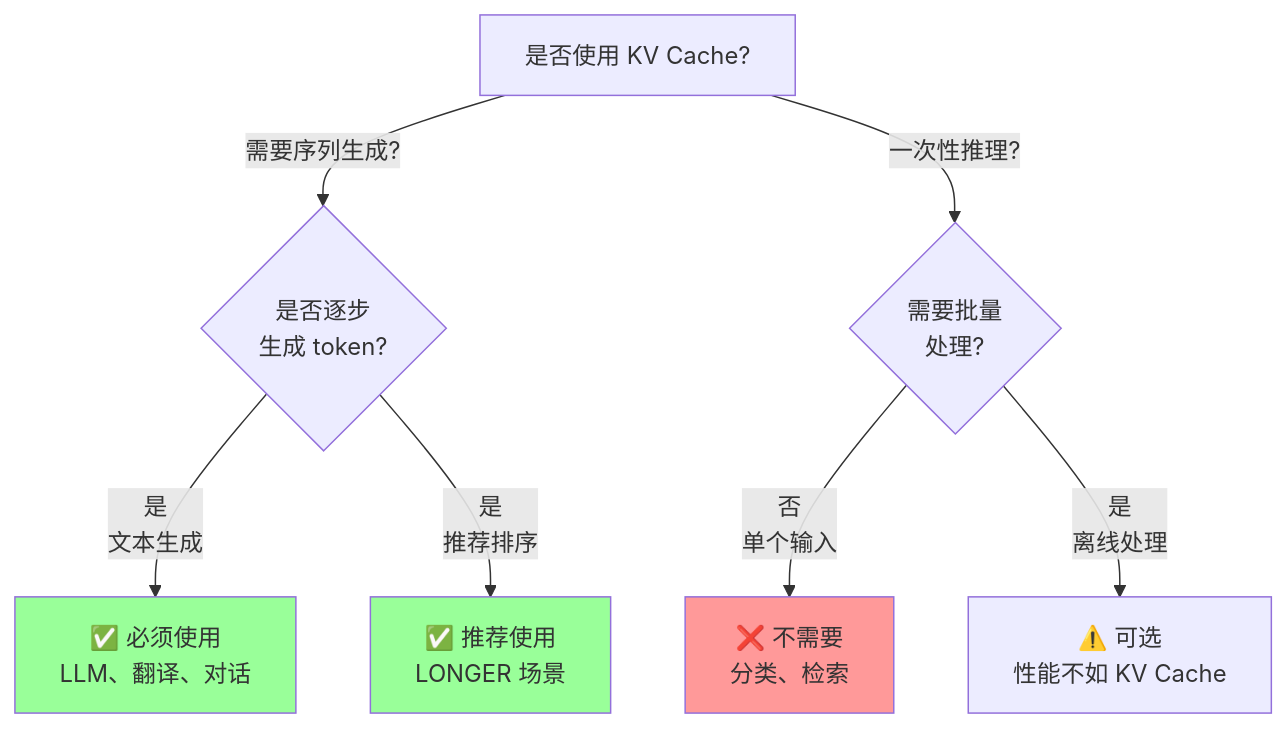
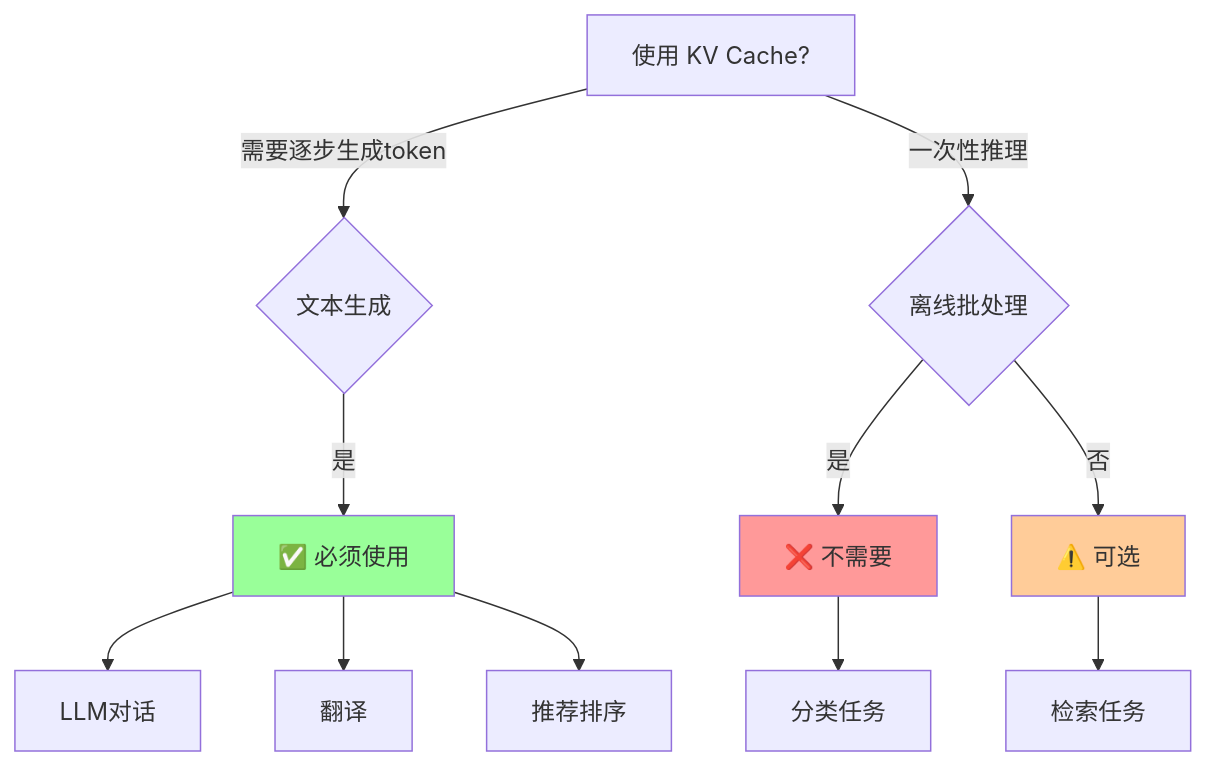
Diagram 15 of 16 in kvcache_implementation.md (konyellin-cyber/longer), drawn with Mermaid before and after one commit. The commit also changed other lines of this file, not shown here.

Commit message:
Fix Mermaid syntax errors: remove special characters and multiline text in node labels

````diff
--- a/kvcache_implementation.md
+++ b/kvcache_implementation.md
@@ -456,18 +476,24 @@
 ```mermaid
 graph TB
-    A["是否使用 KV Cache?"]
+    A["使用 KV Cache?"]
     
-    A -->|需要序列生成?| B{是否逐步<br/>生成 token?}
+    A -->|需要逐步生成token| B{文本生成}
     
-    B -->|是<br/>文本生成| C["✅ 必须使用<br/>LLM、翻译、对话"]
-    B -->|是<br/>推荐排序| D["✅ 推荐使用<br/>LONGER 场景"]
+    B -->|是| C["✅ 必须使用"]
     
-    A -->|一次性推理?| E{需要批量<br/>处理?}
+    A -->|一次性推理| E{离线批处理}
     
-    E -->|否<br/>单个输入| F["❌ 不需要<br/>分类、检索"]
-    E -->|是<br/>离线处理| G["⚠️ 可选<br/>性能不如 KV Cache"]
+    E -->|是| F["❌ 不需要"]
+    E -->|否| G["⚠️ 可选"]
+    
+    C --> C1["LLM对话"]
+    C --> C2["翻译"]
+    C --> C3["推荐排序"]
+    
+    F --> F1["分类任务"]
+    G --> G1["检索任务"]
     
     style C fill:#99ff99
-    style D fill:#99ff99
     style F fill:#ff9999
+    style G fill:#ffcc99
 ```
````
